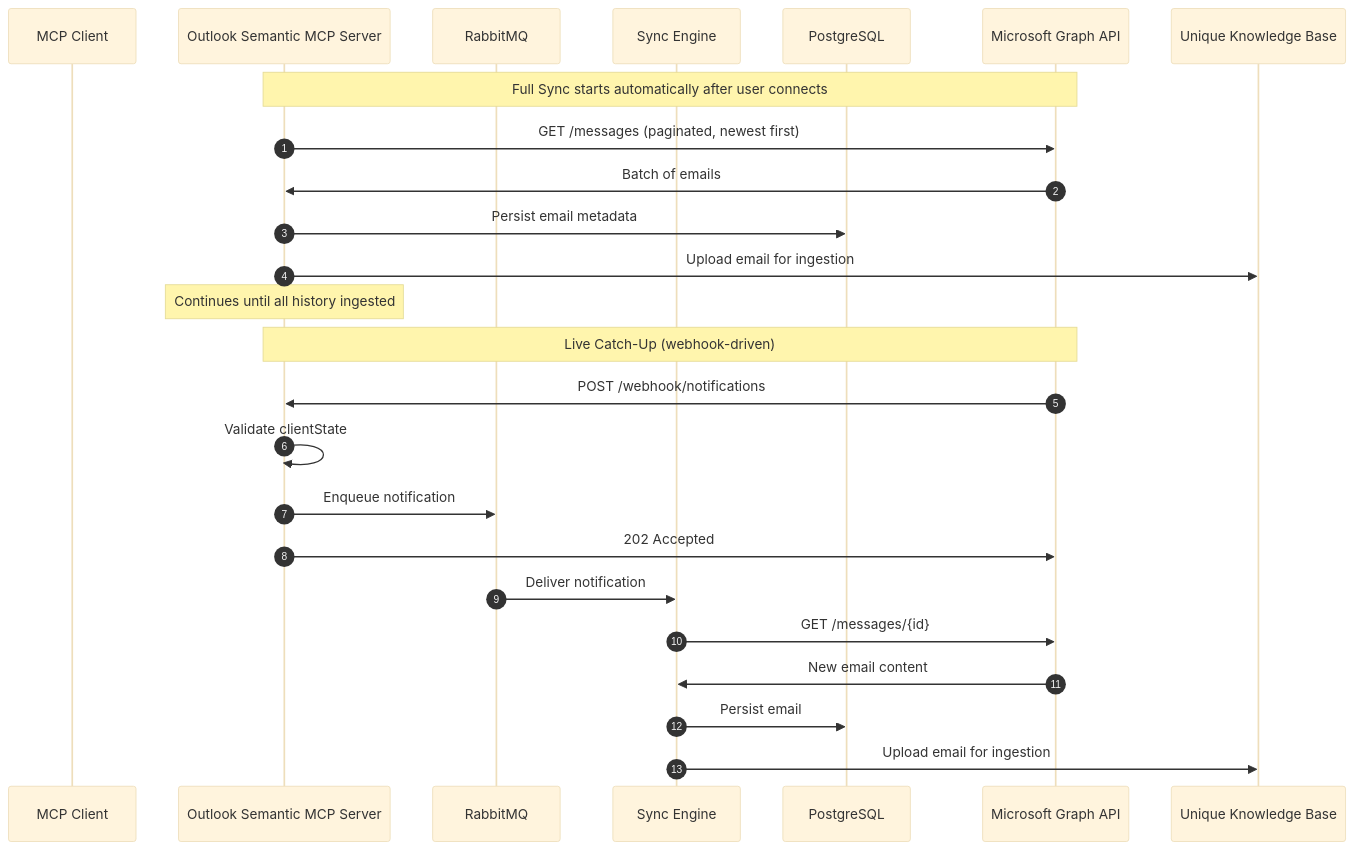
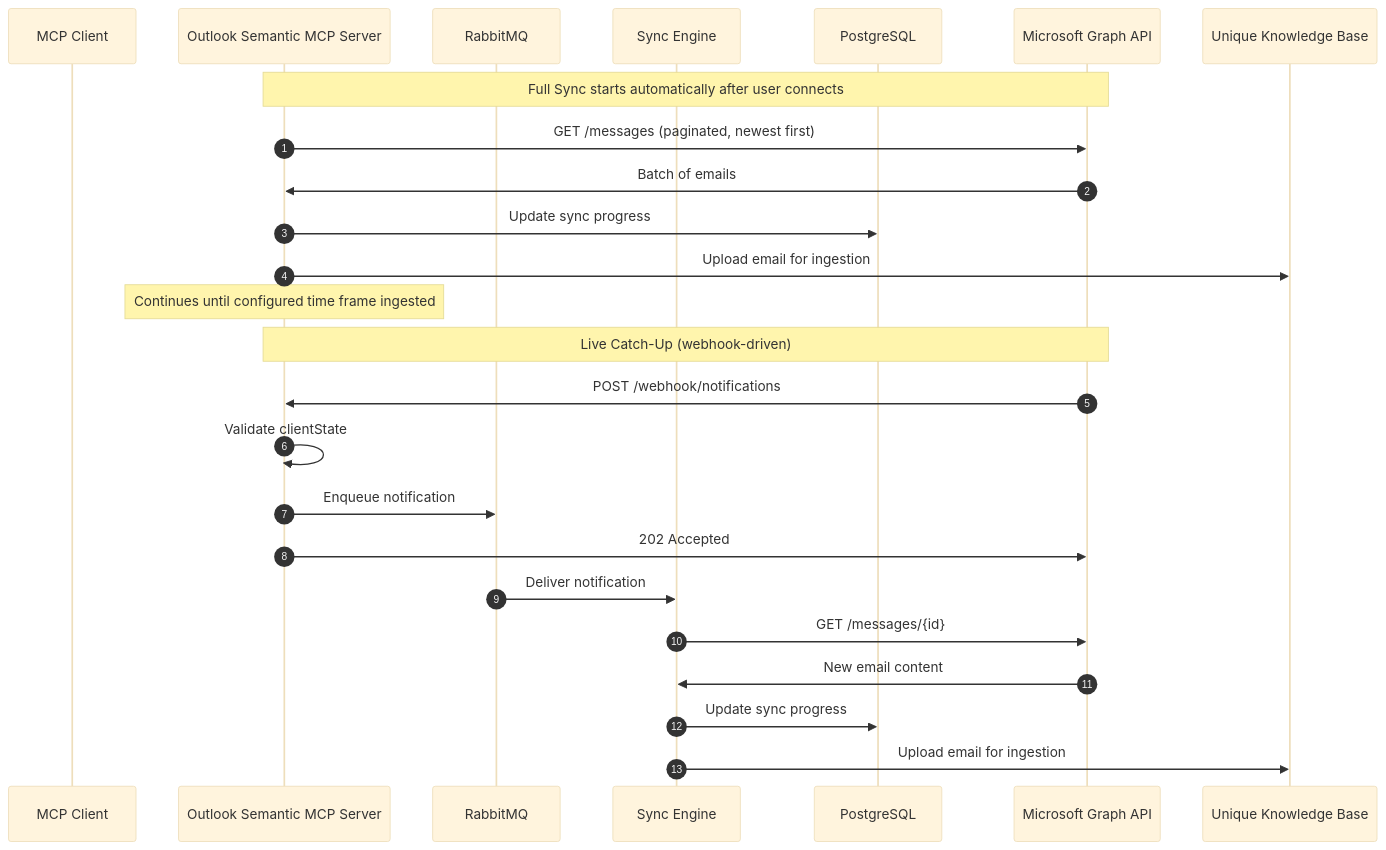
Before and after one commit to Unique-AG/connectors: the third of 3 diagrams in services/outlook-semantic-mcp/docs/README.md, drawn with Mermaid (base theme). The commit also changed other lines of this file and 2 other files, not shown here.

````diff
--- a/services/outlook-semantic-mcp/docs/README.md
+++ b/services/outlook-semantic-mcp/docs/README.md
@@ -206,29 +204,29 @@
 ```mermaid
 sequenceDiagram
     autonumber
     participant MCPClient as MCP Client
     participant OutlookMCP as Outlook Semantic MCP Server
     participant RabbitMQ as RabbitMQ
     participant SyncEngine as Sync Engine
     participant DB as PostgreSQL
     participant MSGraph as Microsoft Graph API
     participant UniqueKB as Unique Knowledge Base
 
     Note over OutlookMCP,MSGraph: Full Sync starts automatically after user connects
     OutlookMCP->>MSGraph: GET /messages (paginated, newest first)
     MSGraph->>OutlookMCP: Batch of emails
-    OutlookMCP->>DB: Persist email metadata
+    OutlookMCP->>DB: Update sync progress
     OutlookMCP->>UniqueKB: Upload email for ingestion
-    Note over OutlookMCP: Continues until all history ingested
+    Note over OutlookMCP: Continues until configured time frame ingested
 
     Note over OutlookMCP,MSGraph: Live Catch-Up (webhook-driven)
     MSGraph->>OutlookMCP: POST /webhook/notifications
     OutlookMCP->>OutlookMCP: Validate clientState
     OutlookMCP->>RabbitMQ: Enqueue notification
     OutlookMCP->>MSGraph: 202 Accepted
     RabbitMQ->>SyncEngine: Deliver notification
     SyncEngine->>MSGraph: GET /messages/{id}
     MSGraph->>SyncEngine: New email content
-    SyncEngine->>DB: Persist email
+    SyncEngine->>DB: Update sync progress
     SyncEngine->>UniqueKB: Upload email for ingestion
 ```
````
